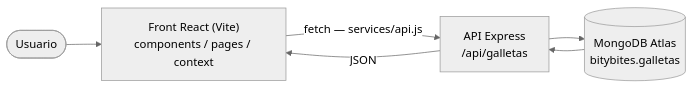
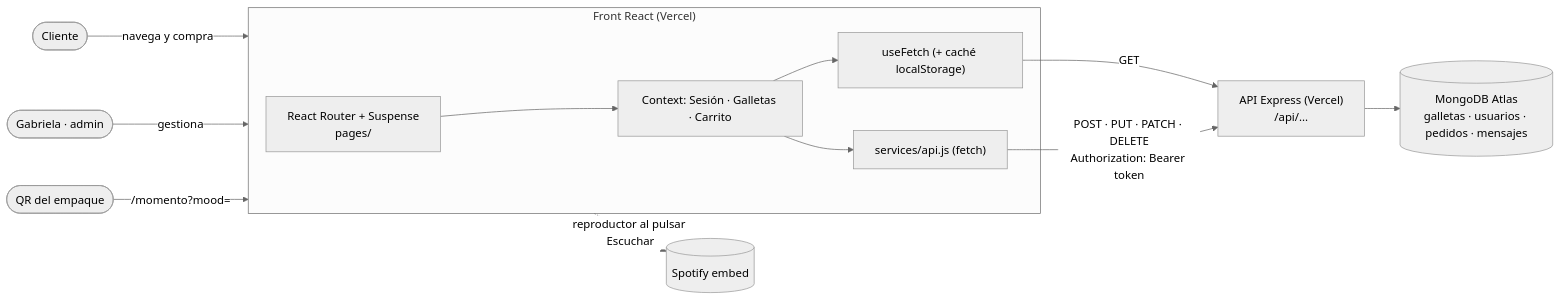
The diagram in README.md (vanessvalentina/bity-bites-front), drawn with Mermaid (neutral theme) before and after one commit. The commit also changed other lines of this file and 102 other files, not shown here.

First line of the commit message:
Comentarios JSDoc, imágenes optimizadas, localStorage y README

````diff
--- a/README.md
+++ b/README.md
@@ -47,8 +29,15 @@
 ```mermaid
 flowchart LR
-    Usuario([Usuario]) --> Front["Front React (Vite)<br/>components / pages / context"]
-    Front -->|"fetch — services/api.js"| API["API Express<br/>/api/galletas"]
-    API --> DB[("MongoDB Atlas<br/>bitybites.galletas")]
-    DB --> API
-    API -->|"JSON"| Front
+    Cliente([Cliente]) -->|navega y compra| Front
+    Gabriela([Gabriela · admin]) -->|gestiona| Front
+    QR([QR del empaque]) -->|/momento?mood=| Front
+    subgraph Front["Front React (Vercel)"]
+        Router["React Router + Suspense<br/>pages/"] --> Ctx["Context: Sesión · Galletas · Carrito"]
+        Ctx --> Hook["useFetch (+ caché localStorage)"]
+        Ctx --> Serv["services/api.js (fetch)"]
+    end
+    Hook -->|GET| API
+    Serv -->|POST · PUT · PATCH · DELETE<br/>Authorization: Bearer token| API["API Express (Vercel)<br/>/api/..."]
+    API --> DB[("MongoDB Atlas<br/>galletas · usuarios · pedidos · mensajes")]
+    Front -.->|reproductor al pulsar Escuchar| Spotify[(Spotify embed)]
 ```
````
